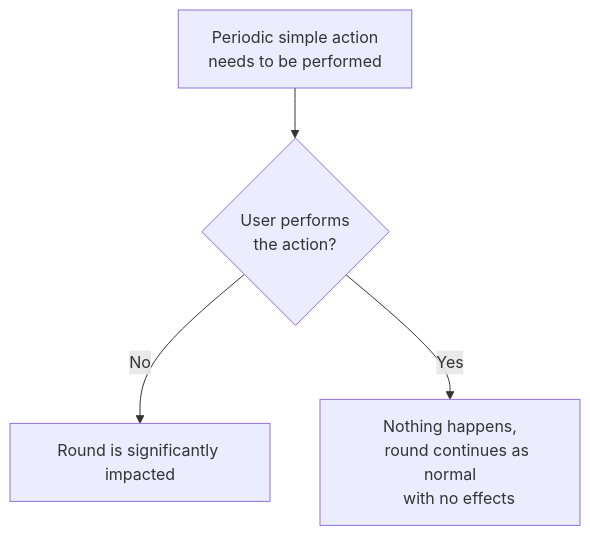
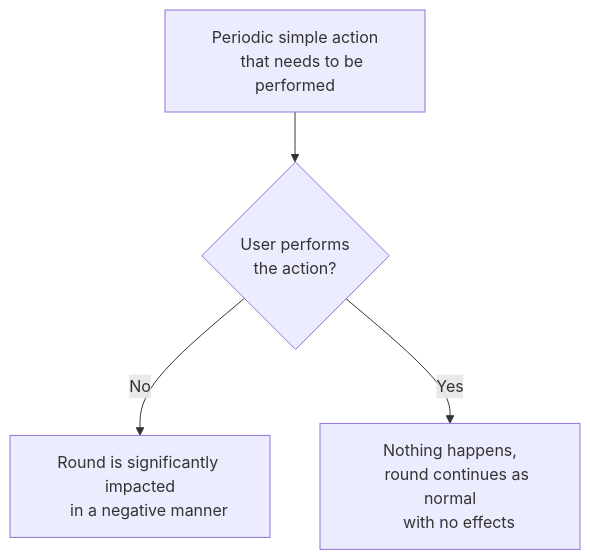
Before and after one commit to space-wizards/docs: the diagram in src/en/space-station-14/departments/engineering.md, drawn with Mermaid. The commit also changed other lines of this file, not shown here.

````diff
--- a/src/en/space-station-14/departments/engineering.md
+++ b/src/en/space-station-14/departments/engineering.md
@@ -66,15 +66,16 @@
 ```mermaid
 flowchart TD;
     a1[Periodic simple action
-    needs to be performed] -->
+    that needs to be performed] -->
     a2{User performs
     the action?}
     
     yes[Nothing happens,
     round continues as normal
     with no effects]
-    no[Round is significantly impacted]
+    no[Round is significantly impacted
+    in a negative manner]
     
     a2 -- No --> no
     a2 -- Yes --> yes
 ```
````
